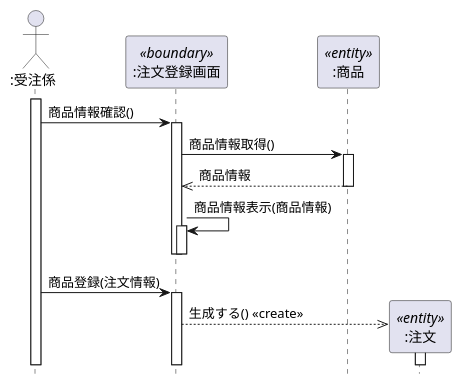
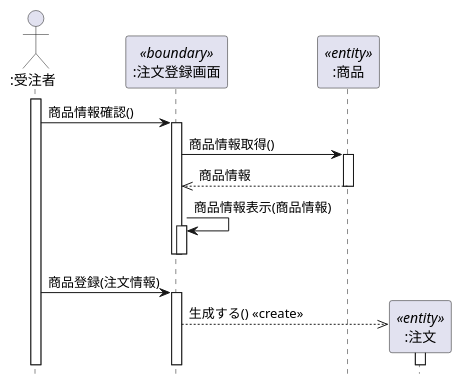
The diagram in 演習4-4_SD_商品注文.pu (yoshidasen/uml-introduction), drawn with PlantUML before and after one commit.

Commit message:
演習4-4 修正

```diff
--- a/演習4-4_SD_商品注文.pu
+++ b/演習4-4_SD_商品注文.pu
@@ -1,26 +1,26 @@
 @startuml
     hide footbox
-    actor ":受注係" as A1
+    actor ":受注者" as A1
     participant ":注文登録画面" as boundary <<boundary>>
     participant ":商品" as entity1 <<entity>>
     participant ":注文" as entity2 <<entity>>
 
     activate A1
         A1 -> boundary : 商品情報確認()
         activate boundary
             boundary -> entity1 : 商品情報取得()
             activate entity1
                 boundary <<-- entity1 : 商品情報
             deactivate entity1
             boundary -> boundary : 商品情報表示(商品情報)
             activate boundary
             deactivate boundary
         deactivate boundary
 
         A1 -> boundary : 商品登録(注文情報)
         activate boundary
             create entity2
             boundary -->> entity2 : 生成する() <<create>>
             activate entity2
 
 @enduml
```
